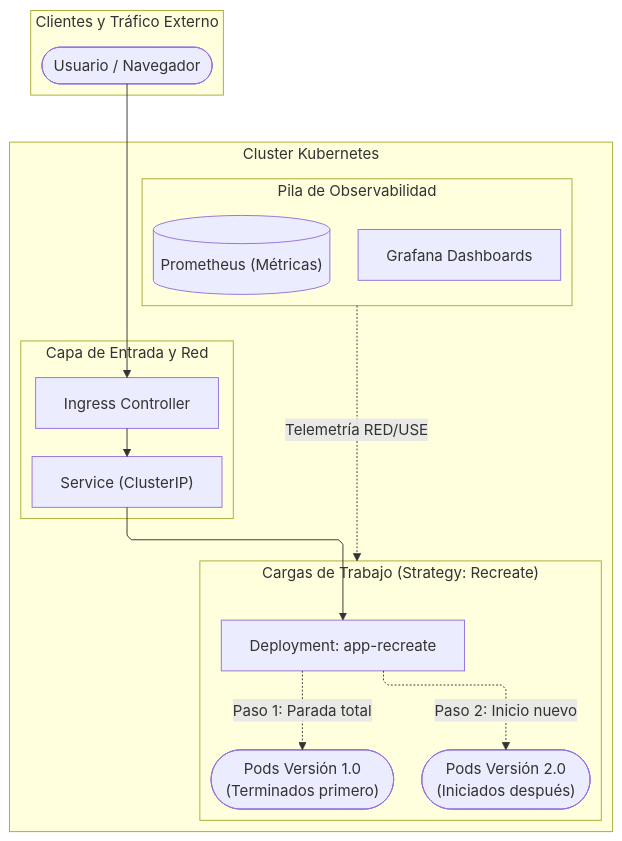
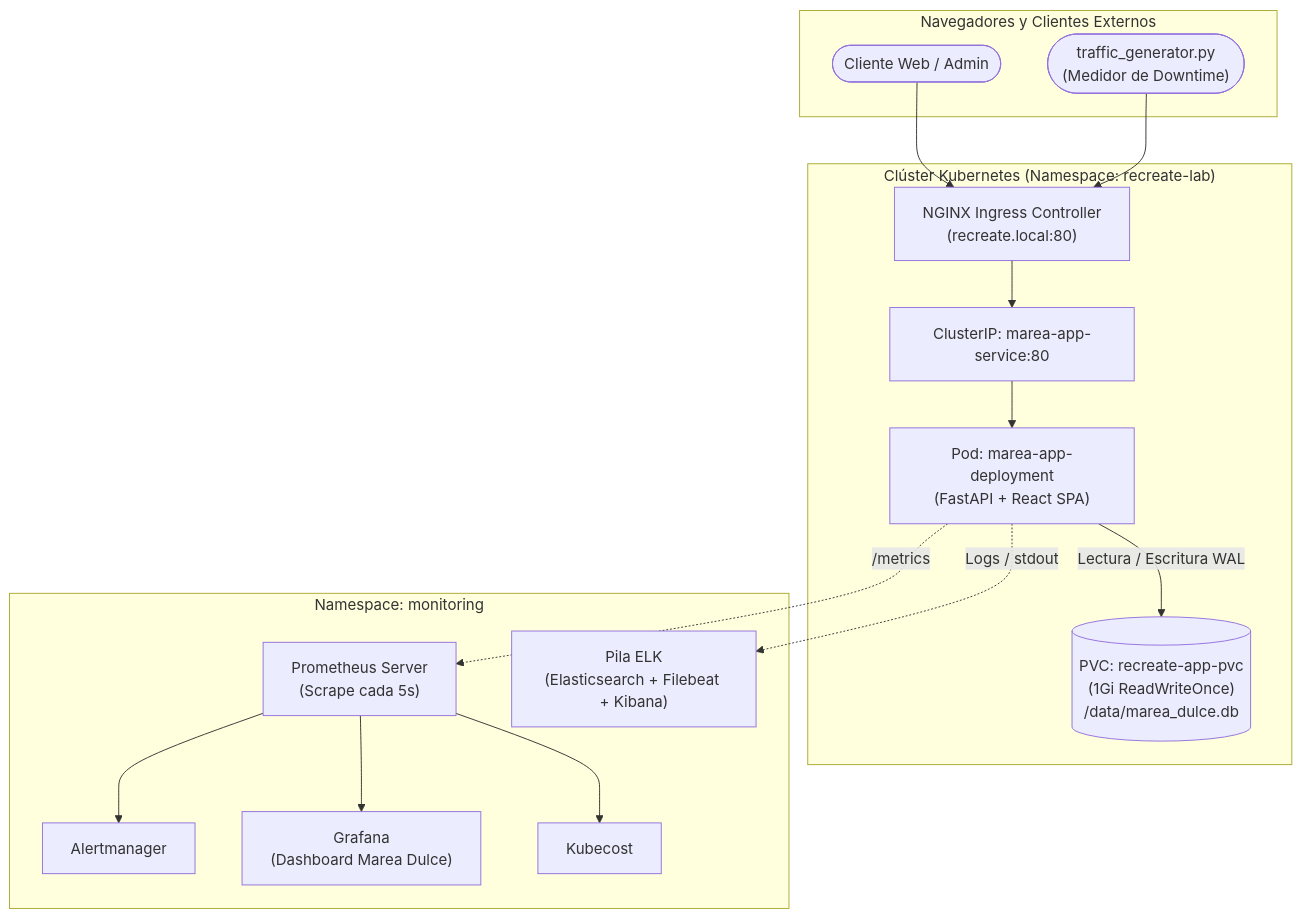
The diagram in README.md (Esteban-GV/MareaDulce_Recreate), drawn with Mermaid before and after one commit. The commit also changed other lines of this file and 138 other files, not shown here.

Commit message:
feat(docs): migrate documentation, platform and architecture to Marea Dulce Recreate deployment

````diff
--- a/README.md
+++ b/README.md
@@ -56,32 +49,35 @@
 ```mermaid
-%%{init: {"flowchart": {"defaultRenderer": "elk", "curve": "linear"}} }%%
 flowchart TD
-    subgraph Client["Clientes y Tráfico Externo"]
-        User(["Usuario / Navegador"])
+    subgraph Cliente["Navegadores y Clientes Externos"]
+        User(["Cliente Web / Admin"])
+        LoadGen(["traffic_generator.py\n(Medidor de Downtime)"])
     end
 
-    subgraph Cluster["Cluster Kubernetes"]
-        subgraph IngressLayer["Capa de Entrada y Red"]
-            Ingress["Ingress Controller"]
-            Service["Service (ClusterIP)"]
-        end
+    subgraph K8s["Clúster Kubernetes (Namespace: recreate-lab)"]
+        Ingress["NGINX Ingress Controller\n(recreate.local:80)"]
+        Service["ClusterIP: marea-app-service:80"]
+        Pod["Pod: marea-app-deployment\n(FastAPI + React SPA)"]
+        PVC[("PVC: recreate-app-pvc\n(1Gi ReadWriteOnce)\n/data/marea_dulce.db")]
 
-        subgraph Workloads["Cargas de Trabajo (Strategy: Recreate)"]
-            Deploy["Deployment: app-recreate"]
-            PodV1(["Pods Versión 1.0<br/>(Terminados primero)"])
-            PodV2(["Pods Versión 2.0<br/>(Iniciados después)"])
-        end
+        Ingress --> Service
+        Service --> Pod
+        Pod -->|Lectura / Escritura WAL| PVC
+    end
 
-        subgraph Observability["Pila de Observabilidad"]
-            Prometheus[("Prometheus (Métricas)")]
-            Grafana["Grafana Dashboards"]
-        end
+    subgraph Observabilidad["Namespace: monitoring"]
+        Prom["Prometheus Server\n(Scrape cada 5s)"]
+        AM["Alertmanager"]
+        Graf["Grafana\n(Dashboard Marea Dulce)"]
+        ELK["Pila ELK\n(Elasticsearch + Filebeat + Kibana)"]
+        KubeCost["Kubecost"]
+
+        Pod -.->|/metrics| Prom
+        Prom --> AM
+        Prom --> Graf
+        Prom --> KubeCost
+        Pod -.->|Logs / stdout| ELK
     end
 
     User --> Ingress
-    Ingress --> Service
-    Service --> Deploy
-    Deploy -.->|Paso 1: Parada total| PodV1
-    Deploy -.->|Paso 2: Inicio nuevo| PodV2
-    Observability -.->|Telemetría RED/USE| Workloads
+    LoadGen --> Ingress
 ```
````
